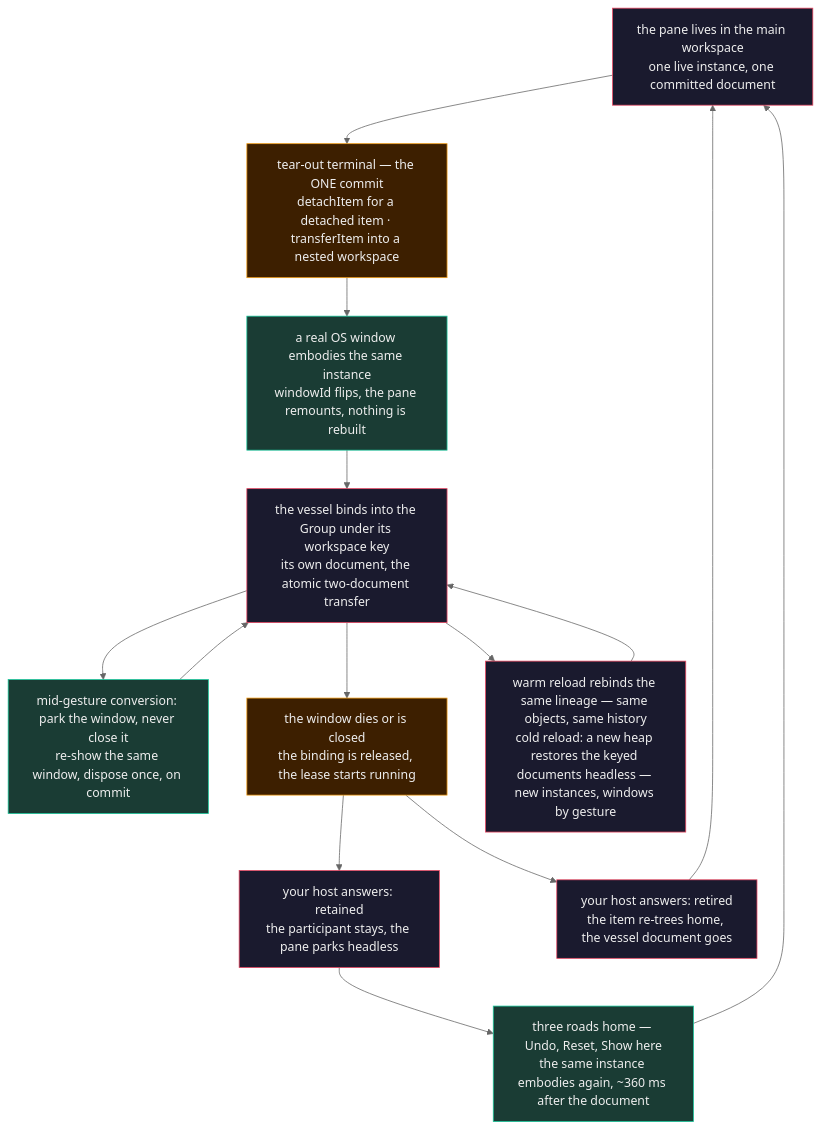
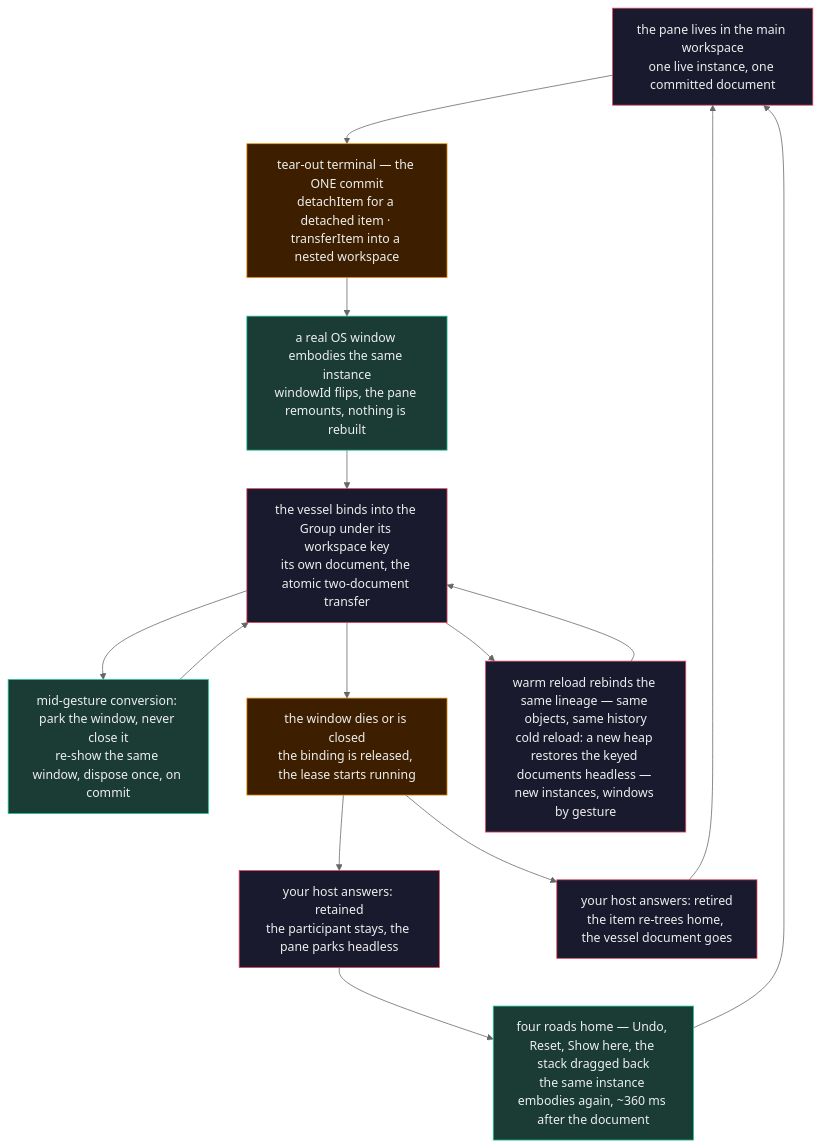
Before and after one commit to neomjs/neo: the diagram in learn/guides/uibuildingblocks/DockLayoutsWindows.md, drawn with Mermaid (neutral theme). The commit also changed other lines of this file and 1 other file, not shown here.

First line of the commit message:
docs(dock): the Windows guide teaches the whole-stack return, and the adoption guide links the shipped series (#18710)

````diff
--- a/learn/guides/uibuildingblocks/DockLayoutsWindows.md
+++ b/learn/guides/uibuildingblocks/DockLayoutsWindows.md
@@ -71,31 +71,31 @@
 ```mermaid
 flowchart TD
     classDef truth fill:#1a1a2e,stroke:#e94560,stroke-width:1px,color:#eee
     classDef window fill:#1a3c34,stroke:#16c79a,stroke-width:1px,color:#eee
     classDef decision fill:#3d1f00,stroke:#f39c12,stroke-width:1px,color:#eee
 
     Home["the pane lives in the main workspace<br/>one live instance, one committed document"]:::truth
     Terminal["tear-out terminal — the ONE commit<br/>detachItem for a detached item · transferItem into a nested workspace"]:::decision
     Vessel["a real OS window embodies the same instance<br/>windowId flips, the pane remounts, nothing is rebuilt"]:::window
     Participant["the vessel binds into the Group under its workspace key<br/>its own document, the atomic two-document transfer"]:::truth
     Park["mid-gesture conversion: park the window, never close it<br/>re-show the same window, dispose once, on commit"]:::window
     Release["the window dies or is closed<br/>the binding is released, the lease starts running"]:::decision
     Retain["your host answers: retained<br/>the participant stays, the pane parks headless"]:::truth
     Retire["your host answers: retired<br/>the item re-trees home, the vessel document goes"]:::truth
-    Return["three roads home — Undo, Reset, Show here<br/>the same instance embodies again, ~360 ms after the document"]:::window
+    Return["four roads home — Undo, Reset, Show here, the stack dragged back<br/>the same instance embodies again, ~360 ms after the document"]:::window
     Reload["warm reload rebinds the same lineage — same objects, same history<br/>cold reload: a new heap restores the keyed documents headless — new instances, windows by gesture"]:::truth
 
     Home --> Terminal
     Terminal --> Vessel
     Vessel --> Participant
     Participant --> Park
     Park --> Participant
     Participant --> Release
     Release --> Retain
     Release --> Retire
     Retain --> Return
     Retire --> Home
     Return --> Home
     Participant --> Reload
     Reload --> Participant
 ```
````
